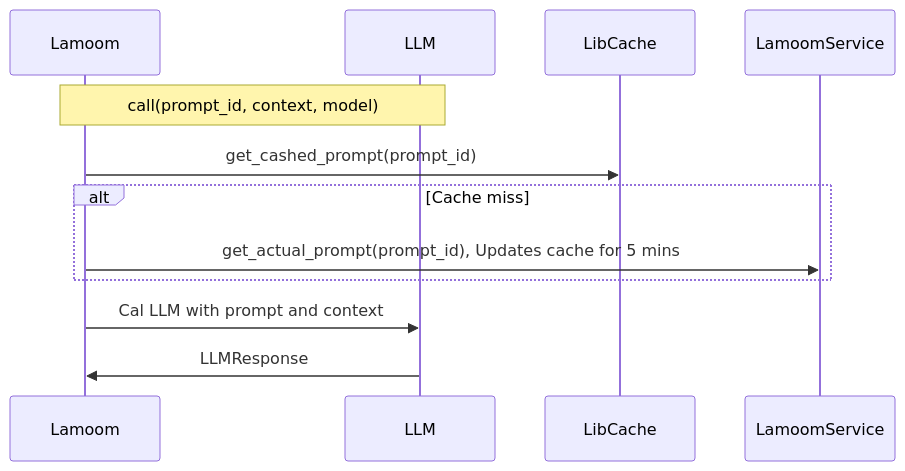
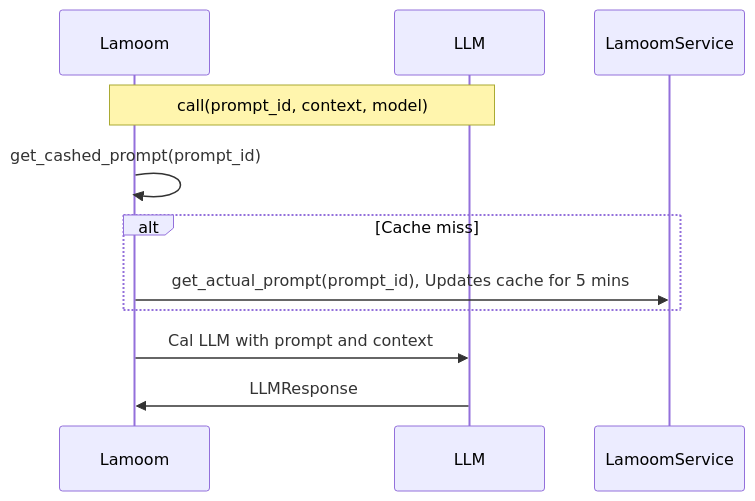
Before and after one commit to LamoomAI/lamoom-python: the first of 4 diagrams in README.md, drawn with Mermaid.

Commit message:
Updated markdown w. schema, seq test

````diff
--- a/README.md
+++ b/README.md
@@ -39,10 +39,10 @@
 ```mermaid
 sequenceDiagram
     Note over Lamoom,LLM: call(prompt_id, context, model)
-    Lamoom->>LibCache: get_cashed_prompt(prompt_id)
+    Lamoom->>Lamoom: get_cashed_prompt(prompt_id)
     alt Cache miss
         Lamoom->>LamoomService: get_actual_prompt(prompt_id), Updates cache for 5 mins
     end
     Lamoom->>LLM: Cal LLM with prompt and context
     LLM->>Lamoom: LLMResponse
 ```
````
